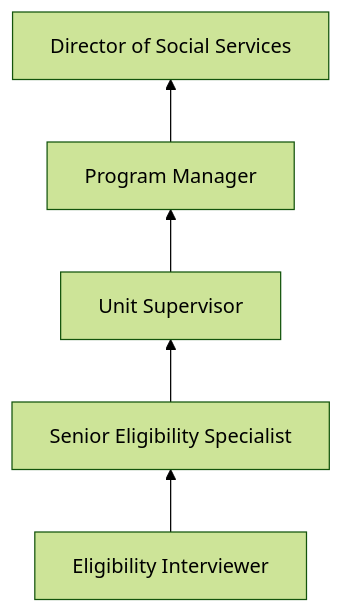
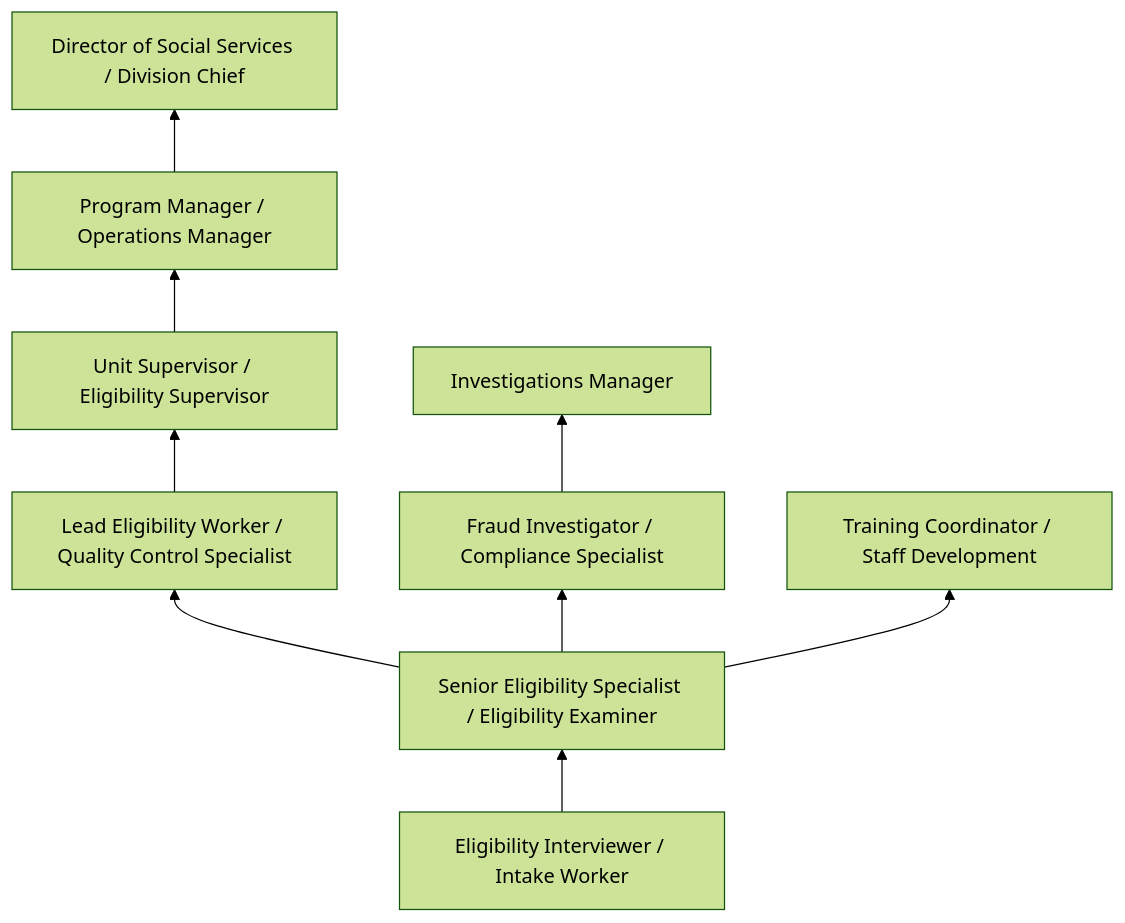
Before and after one commit to kziemski/business.org.ai: the third of 4 diagrams in occupations/Administrative/EligibilityInterviewersGovernmentPrograms.mdx, drawn with Mermaid (forest theme). The commit also changed other lines of this file and 19 other files, not shown here.

````diff
--- a/occupations/Administrative/EligibilityInterviewersGovernmentPrograms.mdx
+++ b/occupations/Administrative/EligibilityInterviewersGovernmentPrograms.mdx
@@ -76,7 +136,13 @@
 ```mermaid
 graph BT
-    Entry["Eligibility Interviewer"] --> Mid["Senior Eligibility Specialist"]
-    Mid --> Supervisor["Unit Supervisor"]
-    Supervisor --> Manager["Program Manager"]
-    Manager --> Director["Director of Social Services"]
+    Entry["Eligibility Interviewer / Intake Worker"] --> Mid["Senior Eligibility Specialist / Eligibility Examiner"]
+    Mid --> Lead["Lead Eligibility Worker / Quality Control Specialist"]
+    Lead --> Supervisor["Unit Supervisor / Eligibility Supervisor"]
+    Supervisor --> Manager["Program Manager / Operations Manager"]
+    Manager --> Director["Director of Social Services / Division Chief"]
+
+    Mid --> Specialist["Fraud Investigator / Compliance Specialist"]
+    Specialist --> InvMgr["Investigations Manager"]
+
+    Mid --> Trainer["Training Coordinator / Staff Development"]
 ```
````
